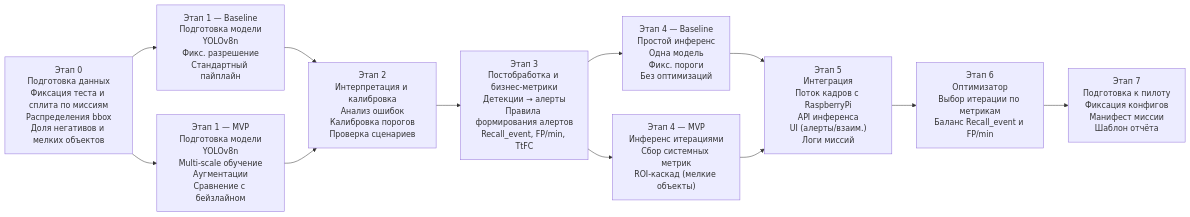
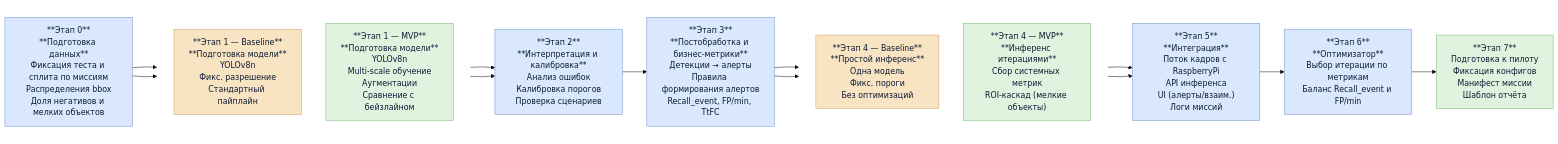
Before and after one commit to ykvnkm/Rescue-AI: the diagram in docs/ml_system_design_doc.md, drawn with Mermaid. The commit also changed other lines of this file and 1 other file, not shown here.

Commit message:
docs: fix scheme

````diff
--- a/docs/ml_system_design_doc.md
+++ b/docs/ml_system_design_doc.md
@@ -233,20 +233,48 @@
 ```mermaid
+%%{init: {"flowchart": {"curve": "linear"}, "theme": "base"} }%%
 flowchart LR
-E0["Этап 0\nПодготовка данных\nФиксация теста и сплита по миссиям\nРаспределения bbox\nДоля негативов и мелких объектов"]
-B1["Этап 1 — Baseline\nПодготовка модели\nYOLOv8n\nФикс. разрешение\nСтандартный пайплайн"]
-M1["Этап 1 — MVP\nПодготовка модели\nYOLOv8n\nMulti-scale обучение\nАугментации\nСравнение с бейзлайном"]
-E2["Этап 2\nИнтерпретация и калибровка\nАнализ ошибок\nКалибровка порогов\nПроверка сценариев"]
-E3["Этап 3\nПостобработка и бизнес-метрики\nДетекции → алерты\nПравила формирования алертов\nRecall_event, FP/min, TtFC"]
-B4["Этап 4 — Baseline\nПростой инференс\nОдна модель\nФикс. пороги\nБез оптимизаций"]
-M4["Этап 4 — MVP\nИнференс итерациями\nСбор системных метрик\nROI-каскад (мелкие объекты)"]
-E5["Этап 5\nИнтеграция\nПоток кадров с RaspberryPi\nAPI инференса\nUI (алерты/взаим.)\nЛоги миссий"]
-E6["Этап 6\nОптимизатор\nВыбор итерации по метрикам\nБаланс Recall_event и FP/min"]
-E7["Этап 7\nПодготовка к пилоту\nФиксация конфигов\nМанифест миссии\nШаблон отчёта"]
 
-E0 --> B1 --> E2
-E0 --> M1 --> E2
+E0["**Этап 0**<br/>**Подготовка данных**<br/>Фиксация теста и сплита по миссиям<br/>Распределения bbox<br/>Доля негативов и мелких объектов"]
+E2["**Этап 2**<br/>**Интерпретация и калибровка**<br/>Анализ ошибок<br/>Калибровка порогов<br/>Проверка сценариев"]
+E3["**Этап 3**<br/>**Постобработка и бизнес-метрики**<br/>Детекции → алерты<br/>Правила формирования алертов<br/>Recall_event, FP/min, TtFC"]
+E5["**Этап 5**<br/>**Интеграция**<br/>Поток кадров с RaspberryPi<br/>API инференса<br/>UI (алерты/взаим.)<br/>Логи миссий"]
+E6["**Этап 6**<br/>**Оптимизатор**<br/>Выбор итерации по метрикам<br/>Баланс Recall_event и FP/min"]
+E7["**Этап 7**<br/>Подготовка к пилоту<br/>Фиксация конфигов<br/>Манифест миссии<br/>Шаблон отчёта"]
+
+subgraph S1[" "]
+direction TB
+B1["**Этап 1 — Baseline**<br/>**Подготовка модели**<br/>YOLOv8n<br/>Фикс. разрешение<br/>Стандартный пайплайн"]
+M1["**Этап 1 — MVP**<br/>**Подготовка модели**<br/>YOLOv8n<br/>Multi-scale обучение<br/>Аугментации<br/>Сравнение с бейзлайном"]
+end
+
+subgraph S4[" "]
+direction TB
+B4["**Этап 4 — Baseline**<br/>**Простой инференс**<br/>Одна модель<br/>Фикс. пороги<br/>Без оптимизаций"]
+M4["**Этап 4 — MVP**<br/>**Инференс итерациями**<br/>Сбор системных метрик<br/>ROI-каскад (мелкие объекты)"]
+end
+
+E0 --> B1
+E0 --> M1
+B1 --> E2
+M1 --> E2
+
 E2 --> E3
-E3 --> B4 --> E5
-E3 --> M4 --> E5
+
+E3 --> B4
+E3 --> M4
+B4 --> E5
+M4 --> E5
+
 E5 --> E6 --> E7
+
+classDef stageBlue fill:#D9E8FF,stroke:#6B8CC7,stroke-width:1px,color:#0b1b33;
+classDef stageGreen fill:#DFF3DF,stroke:#6FB56F,stroke-width:1px,color:#0b1b33;
+classDef stageOrange fill:#F8E4C2,stroke:#C9A35A,stroke-width:1px,color:#0b1b33;
+
+class E0,E2,E3,E5,E6 stageBlue;
+class E7,M1,M4 stageGreen;
+class B1,B4 stageOrange;
+
+style S1 fill:transparent,stroke:transparent
+style S4 fill:transparent,stroke:transparent
 ```
````
